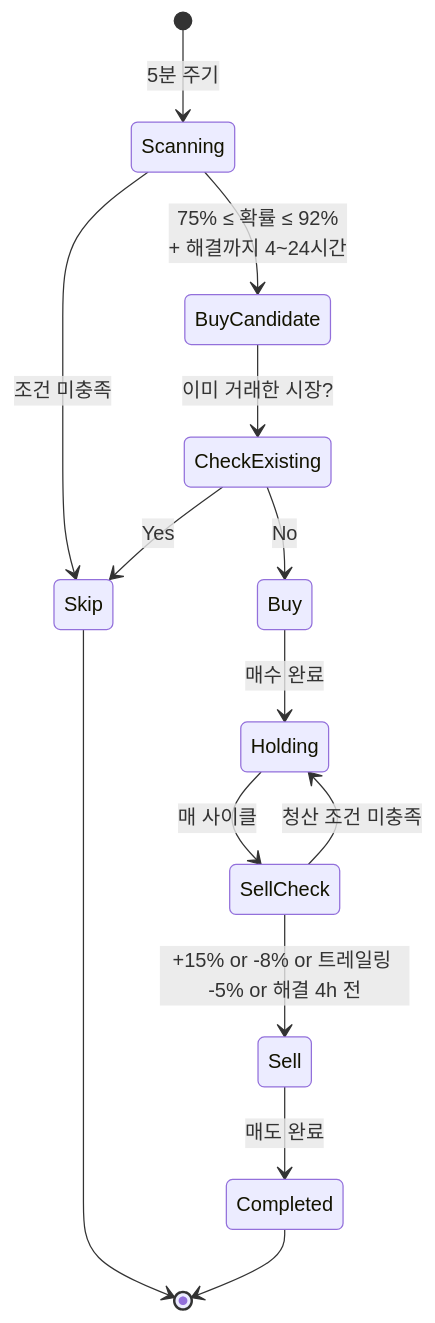
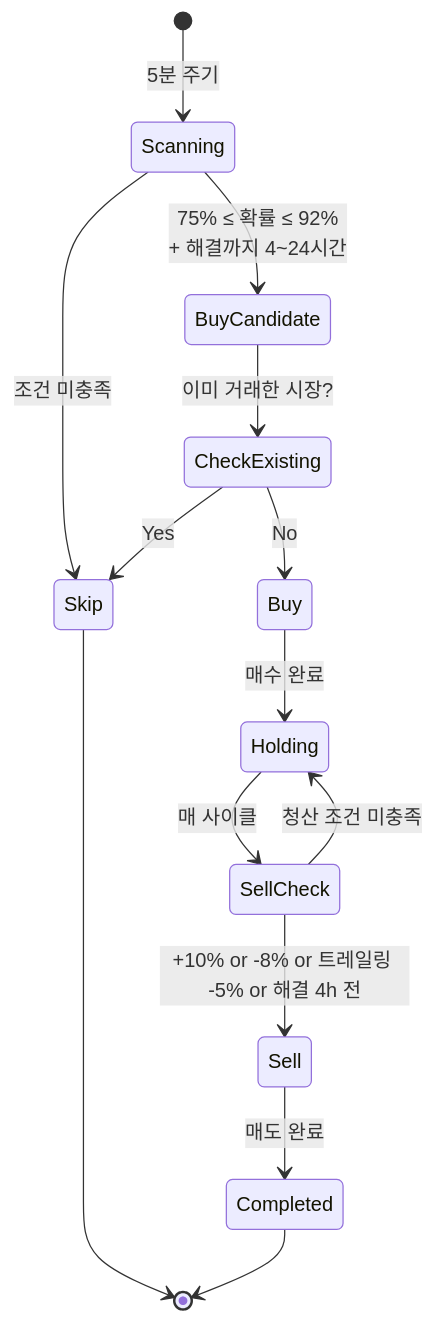
One commit to izowooi/golden-burger changed the second of 2 diagrams in golden-cherry/README.md. Above: the diagram before and after it, drawn with Mermaid. The commit also changed other lines of this file and 1 other file, not shown here.

````diff
--- a/golden-cherry/README.md
+++ b/golden-cherry/README.md
@@ -40,22 +40,22 @@
 ```mermaid
 stateDiagram-v2
     [*] --> Scanning: 5분 주기
 
     Scanning --> BuyCandidate: 75% ≤ 확률 ≤ 92%<br/>+ 해결까지 4~24시간
     Scanning --> Skip: 조건 미충족
 
     BuyCandidate --> CheckExisting: 이미 거래한 시장?
     CheckExisting --> Skip: Yes
     CheckExisting --> Buy: No
 
     Buy --> Holding: 매수 완료
 
     Holding --> SellCheck: 매 사이클
     SellCheck --> Holding: 청산 조건 미충족
-    SellCheck --> Sell: +15% or -8% or 트레일링 -5% or 해결 4h 전
+    SellCheck --> Sell: +10% or -8% or 트레일링 -5% or 해결 4h 전
 
     Sell --> Completed: 매도 완료
 
     Skip --> [*]
     Completed --> [*]
 ```
````
